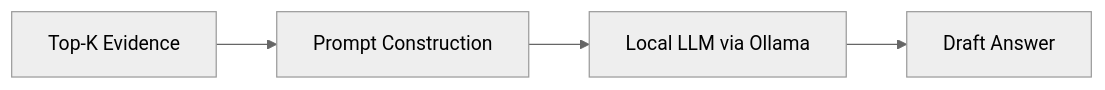
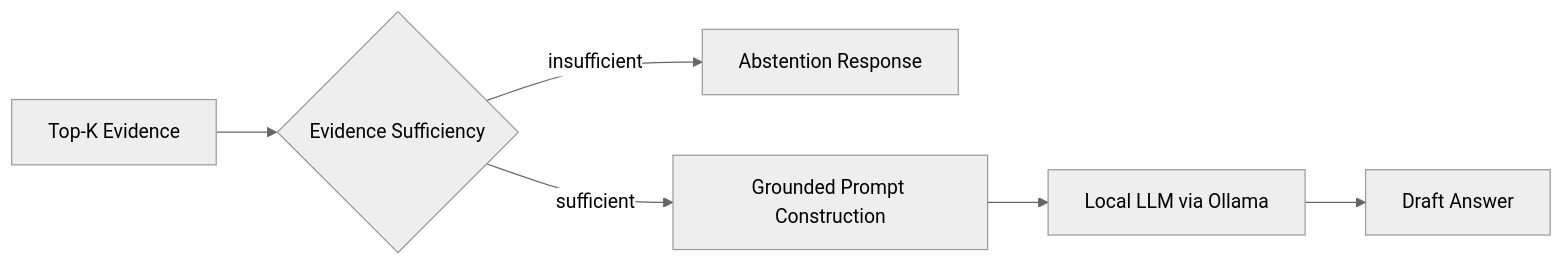
One commit to Vishwath-Narayana/multimodal-study-assistant changed the fourth of 7 diagrams in docs/architecture/system-architecture.md. Above: the diagram before and after it, drawn with Mermaid (neutral theme). The commit also changed other lines of this file and 8 other files, not shown here.

````diff
--- a/docs/architecture/system-architecture.md
+++ b/docs/architecture/system-architecture.md
@@ -91,6 +98,8 @@
 ```mermaid
 flowchart LR
-    TopK[Top-K Evidence] --> Prompt[Prompt Construction]
+    TopK[Top-K Evidence] --> Suff{Evidence Sufficiency}
+    Suff -->|insufficient| Abstain[Abstention Response]
+    Suff -->|sufficient| Prompt[Grounded Prompt Construction]
     Prompt --> LLM[Local LLM via Ollama]
     LLM --> Answer[Draft Answer]
 ```
````
